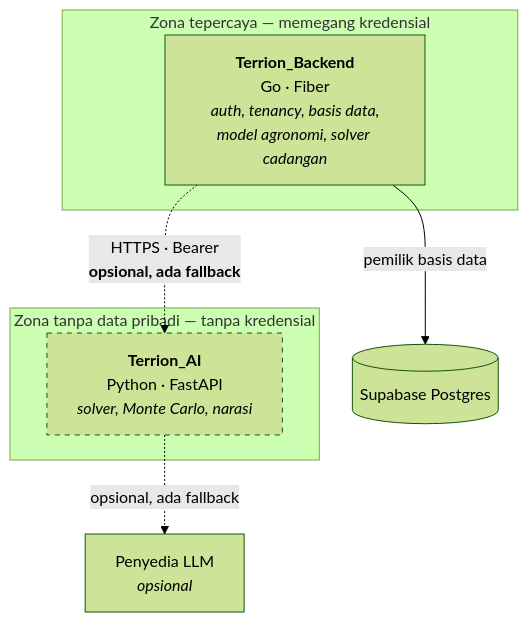
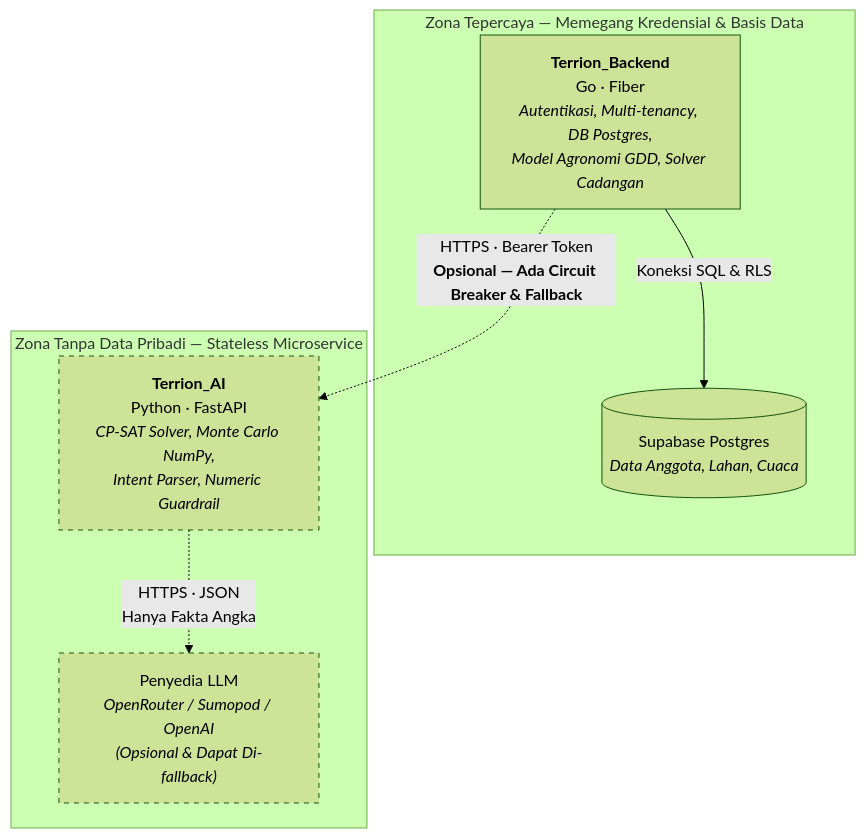
The first of 2 diagrams in README.md (ITechnoCup2026/Terrion_AI), drawn with Mermaid (forest theme) before and after one commit. The commit also changed other lines of this file, not shown here.

````diff
--- a/README.md
+++ b/README.md
@@ -28,19 +96,19 @@
 ```mermaid
 graph TB
-    subgraph core["Zona tepercaya — memegang kredensial"]
-        api["<b>Terrion_Backend</b><br/>Go · Fiber<br/><i>auth, tenancy, basis data,<br/>model agronomi, solver cadangan</i>"]
+    subgraph core["Zona Tepercaya — Memegang Kredensial & Basis Data"]
+        api["<b>Terrion_Backend</b><br/>Go · Fiber<br/><i>Autentikasi, Multi-tenancy, DB Postgres,<br/>Model Agronomi GDD, Solver Cadangan</i>"]
+        db[("Supabase Postgres<br/><i>Data Anggota, Lahan, Cuaca</i>")]
+        api -->|"Koneksi SQL & RLS"| db
     end
 
-    subgraph ai["Zona tanpa data pribadi — tanpa kredensial"]
-        aisvc["<b>Terrion_AI</b><br/>Python · FastAPI<br/><i>solver, Monte Carlo, narasi</i>"]
+    subgraph ai["Zona Tanpa Data Pribadi — Stateless Microservice"]
+        aisvc["<b>Terrion_AI</b><br/>Python · FastAPI<br/><i>CP-SAT Solver, Monte Carlo NumPy,<br/>Intent Parser, Numeric Guardrail</i>"]
+        llm["Penyedia LLM<br/><i>OpenRouter / Sumopod / OpenAI<br/>(Opsional & Dapat Di-fallback)</i>"]
+        aisvc -.->|"HTTPS · JSON<br/>Hanya Fakta Angka"| llm
     end
 
-    db[("Supabase Postgres")]
-    llm["Penyedia LLM<br/><i>opsional</i>"]
-
-    api -->|"pemilik basis data"| db
-    api -.->|"HTTPS · Bearer<br/><b>opsional, ada fallback</b>"| aisvc
-    aisvc -.->|"opsional, ada fallback"| llm
+    api -.->|"HTTPS · Bearer Token<br/><b>Opsional — Ada Circuit Breaker & Fallback</b>"| aisvc
 
     style aisvc stroke-dasharray: 5 5
+    style llm stroke-dasharray: 5 5
 ```
````
